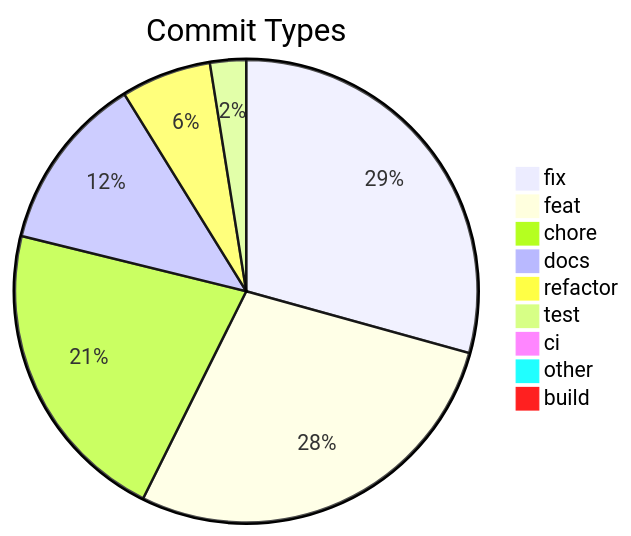
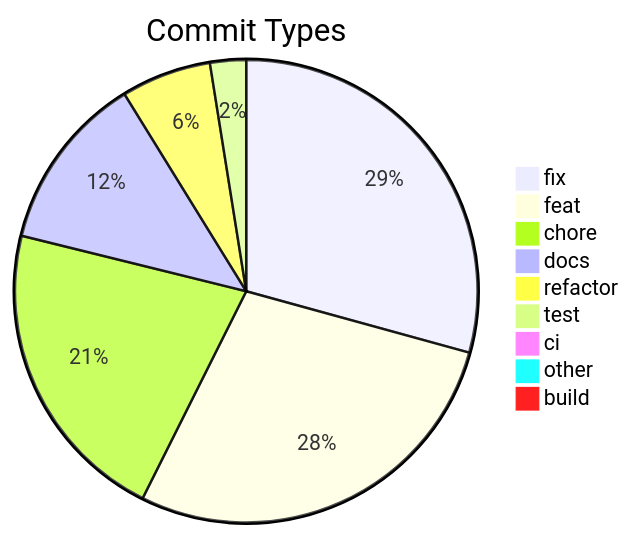
One commit to svenroth-ai/shipwright changed the diagram in .shipwright/compliance/change-history.md. Above: the diagram before and after it, drawn with Mermaid. The commit also changed other lines of this file and 35 other files, not shown here.

````diff
--- a/.shipwright/compliance/change-history.md
+++ b/.shipwright/compliance/change-history.md
@@ -8,12 +8,12 @@
 ```mermaid
 pie title Commit Types
     "fix" : 349
-    "feat" : 334
+    "feat" : 335
     "chore" : 256
     "docs" : 147
     "refactor" : 75
     "test" : 30
     "ci" : 11
     "other" : 9
     "build" : 1
 ```
````
